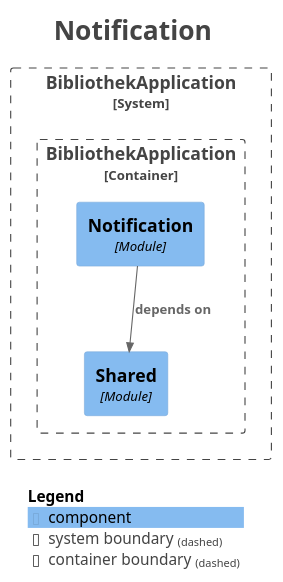
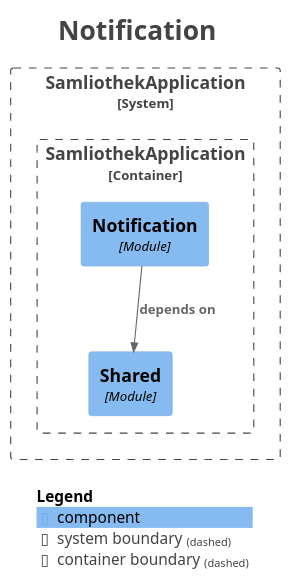
The diagram in docs/modulith/module-notification.puml (samin-z/samliothek), drawn with PlantUML before and after one commit. The commit also changed 52 other files, not shown here.

```diff
--- a/docs/modulith/module-notification.puml
+++ b/docs/modulith/module-notification.puml
@@ -1,30 +1,30 @@
 @startuml
 title <size:24>Notification</size>
 
 set separator none
 top to bottom direction
 
 <style>
   root {
     BackgroundColor: #ffffff
     FontColor: #444444
   }
 </style>
 
 !include <C4/C4>
 !include <C4/C4_Context>
 !include <C4/C4_Component>
 
-System_Boundary("BibliothekApplication_boundary", "BibliothekApplication", $tags="") {
-  Container_Boundary("BibliothekApplication.BibliothekApplication_boundary", "BibliothekApplication", $tags="") {
-    Component(BibliothekApplication.BibliothekApplication.Shared, "Shared", $techn="Module", $descr="", $tags="", $link="")
-    Component(BibliothekApplication.BibliothekApplication.Notification, "Notification", $techn="Module", $descr="", $tags="", $link="")
+System_Boundary("SamliothekApplication_boundary", "SamliothekApplication", $tags="") {
+  Container_Boundary("SamliothekApplication.SamliothekApplication_boundary", "SamliothekApplication", $tags="") {
+    Component(SamliothekApplication.SamliothekApplication.Shared, "Shared", $techn="Module", $descr="", $tags="", $link="")
+    Component(SamliothekApplication.SamliothekApplication.Notification, "Notification", $techn="Module", $descr="", $tags="", $link="")
   }
 
 }
 
-Rel(BibliothekApplication.BibliothekApplication.Notification, BibliothekApplication.BibliothekApplication.Shared, "depends on", $techn="", $tags="", $link="")
+Rel(SamliothekApplication.SamliothekApplication.Notification, SamliothekApplication.SamliothekApplication.Shared, "depends on", $techn="", $tags="", $link="")
 
 SHOW_LEGEND(true)
 hide stereotypes
 @enduml
```
